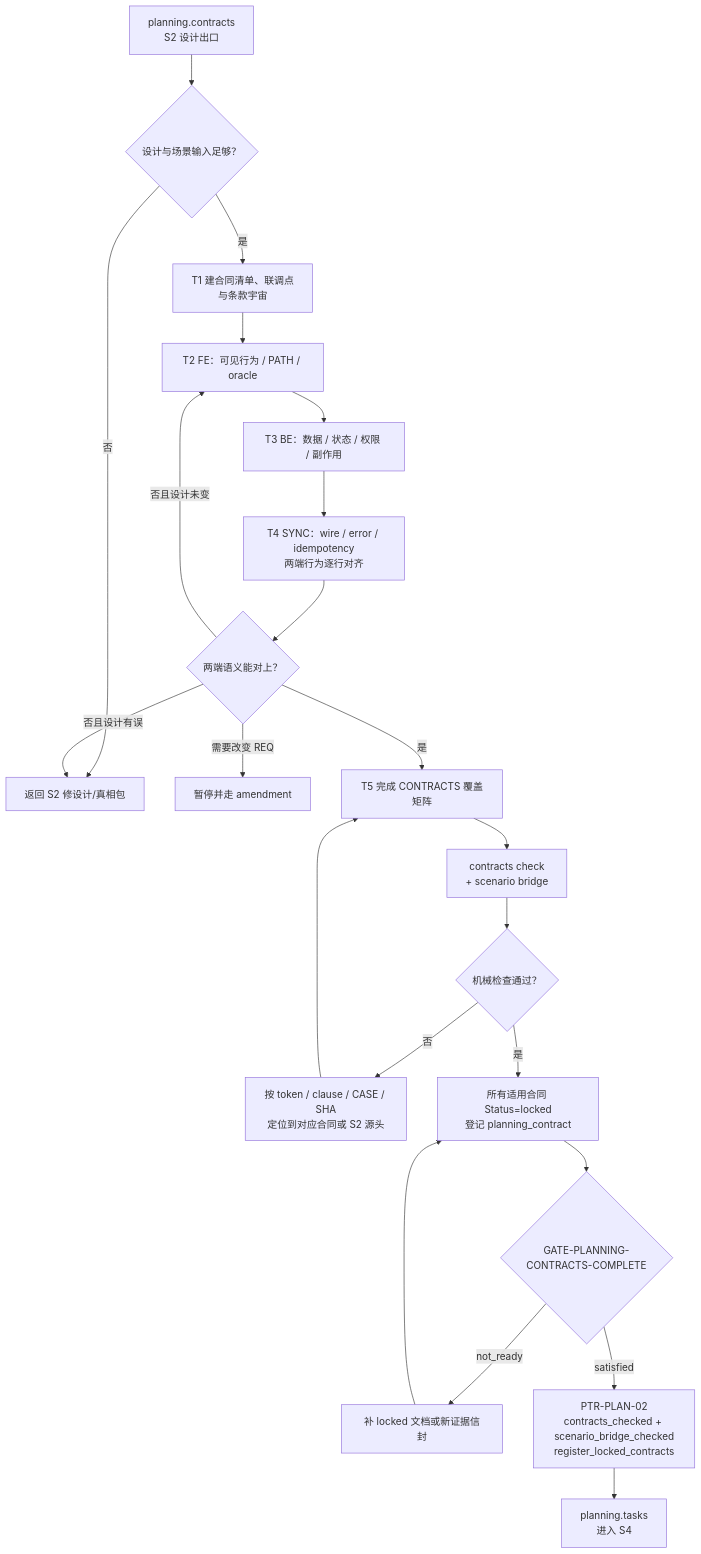
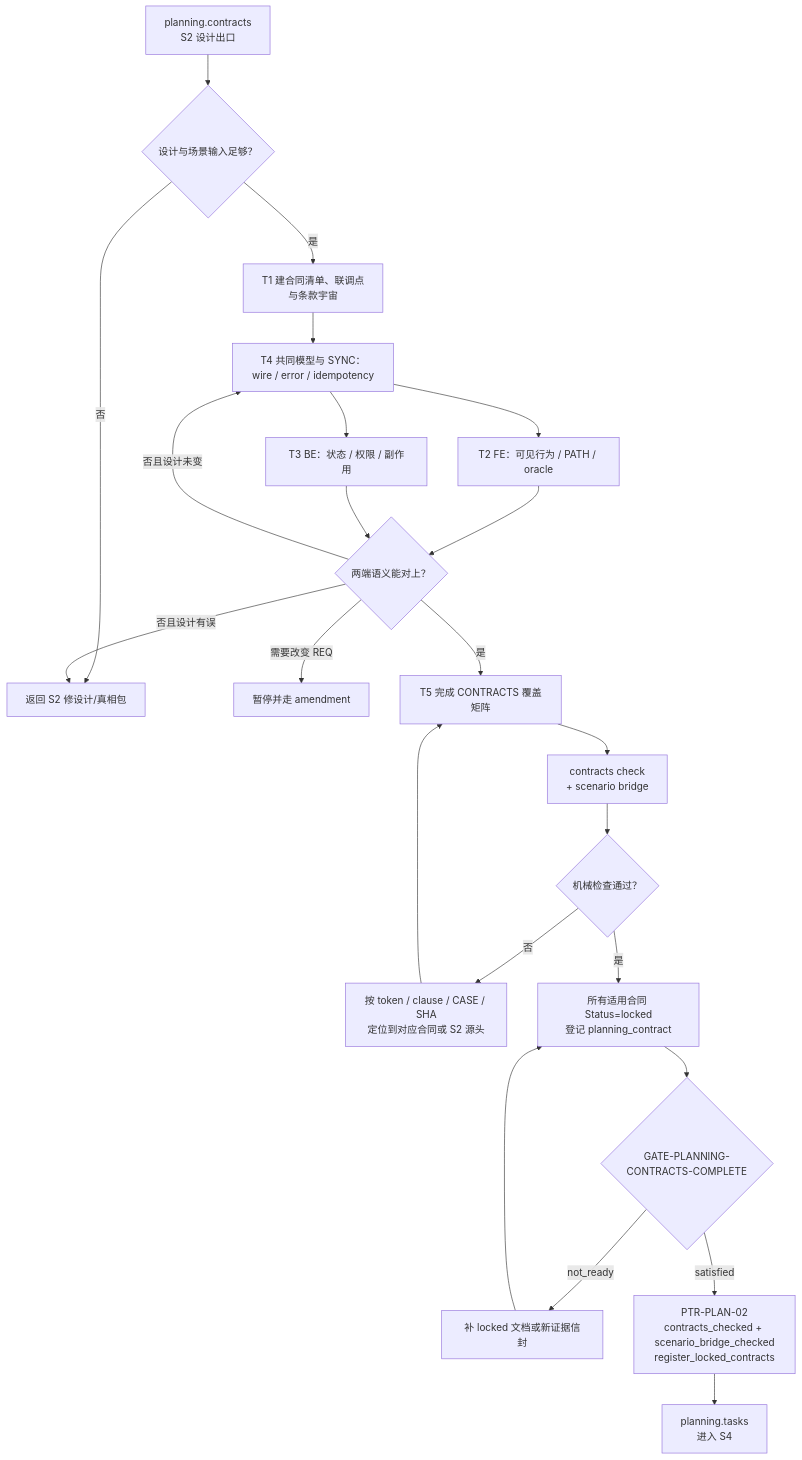
The second of 2 diagrams in blueprint/L3-S3-contracts.md (Sebs-Lee/go-system-builder), drawn with Mermaid before and after one commit. The commit also changed other lines of this file and 223 other files, not shown here.

````diff
--- a/blueprint/L3-S3-contracts.md
+++ b/blueprint/L3-S3-contracts.md
@@ -96,25 +97,26 @@
 ```mermaid
 flowchart TD
     IN["planning.contracts<br/>S2 设计出口"] --> PRE{"设计与场景输入足够？"}
     PRE -->|否| BACK2["返回 S2 修设计/真相包"]
     PRE -->|是| T1["T1 建合同清单、联调点<br/>与条款宇宙"]
-    T1 --> FE["T2 FE：可见行为 / PATH / oracle"]
-    FE --> BE["T3 BE：数据 / 状态 / 权限 / 副作用"]
-    BE --> SYNC["T4 SYNC：wire / error / idempotency<br/>两端行为逐行对齐"]
-    SYNC --> SEM{"两端语义能对上？"}
-    SEM -->|否且设计未变| FE
+    T1 --> SYNC["T4 共同模型与 SYNC：wire / error / idempotency"]
+    SYNC --> FE["T2 FE：可见行为 / PATH / oracle"]
+    SYNC --> BE["T3 BE：状态 / 权限 / 副作用"]
+    FE --> SEM
+    BE --> SEM{"两端语义能对上？"}
+    SEM -->|否且设计未变| SYNC
     SEM -->|否且设计有误| BACK2
     SEM -->|需要改变 REQ| PAUSE["暂停并走 amendment"]
     SEM -->|是| INDEX["T5 完成 CONTRACTS 覆盖矩阵"]
 
     INDEX --> CHECK["contracts check<br/>+ scenario bridge"]
     CHECK --> OK{"机械检查通过？"}
     OK -->|否| FIX["按 token / clause / CASE / SHA<br/>定位到对应合同或 S2 源头"]
     FIX --> INDEX
     OK -->|是| LOCK["所有适用合同 Status=locked<br/>登记 planning_contract"]
     LOCK --> GATE{"GATE-PLANNING-CONTRACTS-COMPLETE"}
     GATE -->|not_ready| FIXG["补 locked 文档或新证据信封"]
     FIXG --> LOCK
     GATE -->|satisfied| PTR["PTR-PLAN-02<br/>contracts_checked + scenario_bridge_checked<br/>register_locked_contracts"]
     PTR --> S4["planning.tasks<br/>进入 S4"]
 ```
````
